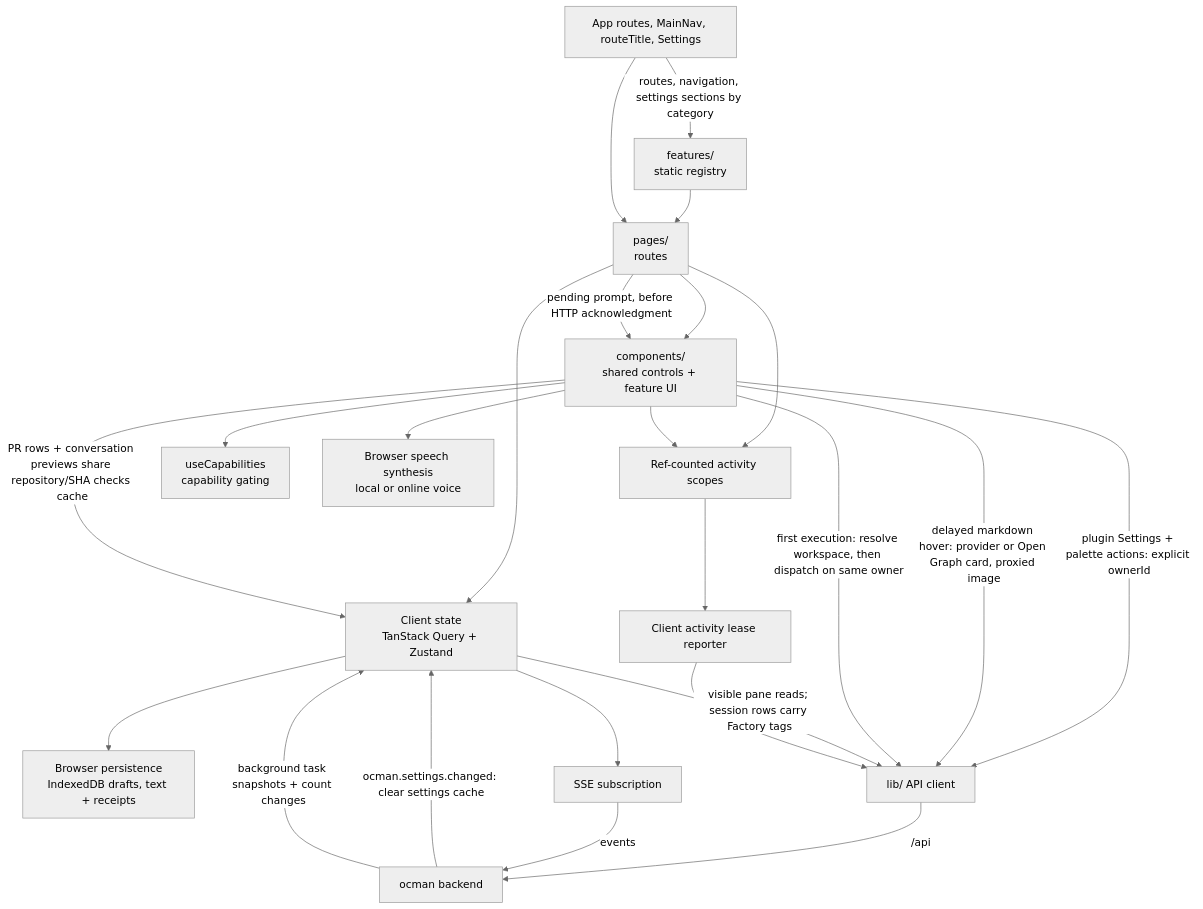
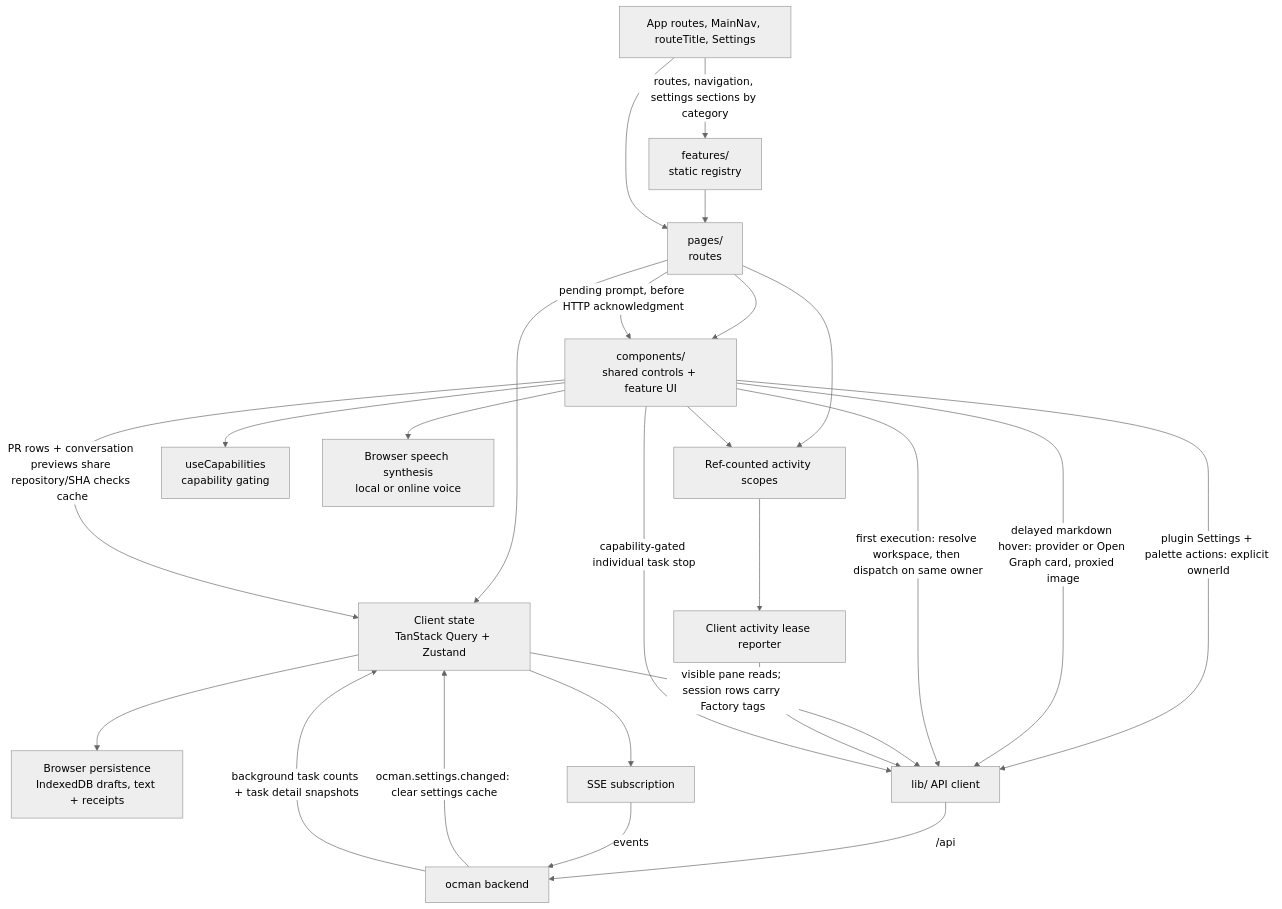
The fourth of 6 diagrams in docs/other/architecture.md (ocman/ocman), drawn with Mermaid (neutral theme) before and after one commit. The commit also changed other lines of this file and 41 other files, not shown here.

Commit message:
feat(composer): list and stop individual background tasks

````diff
--- a/docs/other/architecture.md
+++ b/docs/other/architecture.md
@@ -878,26 +878,27 @@
 ```mermaid
 flowchart TD
     Shell[App routes, MainNav, routeTitle, Settings] -->|routes, navigation, settings sections by category| Features[features/<br/>static registry]
     Features --> Pages
     Shell --> Pages
     Pages[pages/<br/>routes] --> Comp[components/<br/>shared controls + feature UI]
     Pages --> Stores[Client state<br/>TanStack Query + Zustand]
     Pages -->|pending prompt, before HTTP acknowledgment| Comp
     Stores --> Persistence[Browser persistence<br/>IndexedDB drafts, text + receipts]
     Comp -->|PR rows + conversation previews share repository/SHA checks cache| Stores
     Comp -->|plugin Settings + palette actions: explicit ownerId| API
     Comp -->|delayed markdown hover: provider or Open Graph card, proxied image| API
     Comp -->|first execution: resolve workspace, then dispatch on same owner| API
     Stores -->|visible pane reads; session rows carry Factory tags| API[lib/ API client]
     Stores --> SSE[SSE subscription]
     Pages --> Scopes[Ref-counted activity scopes]
     Comp --> Scopes
     Scopes --> Reporter[Client activity lease reporter]
     Reporter --> API
     API -->|/api| Hub[ocman backend]
     SSE -->|events| Hub
     Hub -->|ocman.settings.changed: clear settings cache| Stores
-    Hub -->|background task snapshots + count changes| Stores
+    Hub -->|background task counts + task detail snapshots| Stores
+    Comp -->|capability-gated individual task stop| API
     Comp --> Caps[useCapabilities<br/>capability gating]
     Comp --> Speech[Browser speech synthesis<br/>local or online voice]
 ```
````
